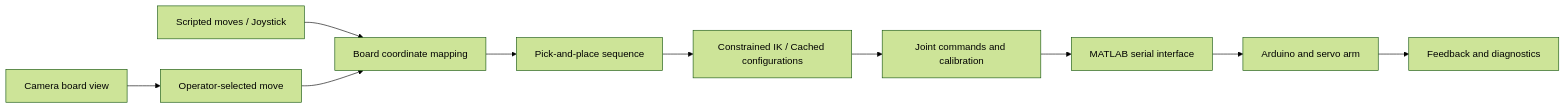
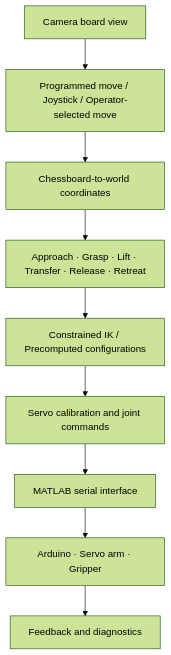
Before and after one commit to Jason-Zhang-Pro/Robotic-Arm: the diagram in README.md, drawn with Mermaid (forest theme). The commit also changed other lines of this file and 1 other file, not shown here.

````diff
--- a/README.md
+++ b/README.md
@@ -33,12 +63,11 @@
 ```mermaid
-flowchart LR
-    A[Scripted moves / Joystick] --> B[Board coordinate mapping]
-    B --> C[Pick-and-place sequence]
-    C --> D[Constrained IK / Cached configurations]
-    D --> E[Joint commands and calibration]
+flowchart TD
+    A[Programmed move / Joystick / Operator-selected move] --> B[Chessboard-to-world coordinates]
+    B --> C[Approach · Grasp · Lift · Transfer · Release · Retreat]
+    C --> D[Constrained IK / Precomputed configurations]
+    D --> E[Servo calibration and joint commands]
     E --> F[MATLAB serial interface]
-    F --> G[Arduino and servo arm]
+    F --> G[Arduino · Servo arm · Gripper]
     G --> H[Feedback and diagnostics]
-    I[Camera board view] --> J[Operator-selected move]
-    J --> B
+    I[Camera board view] --> A
 ```
````
